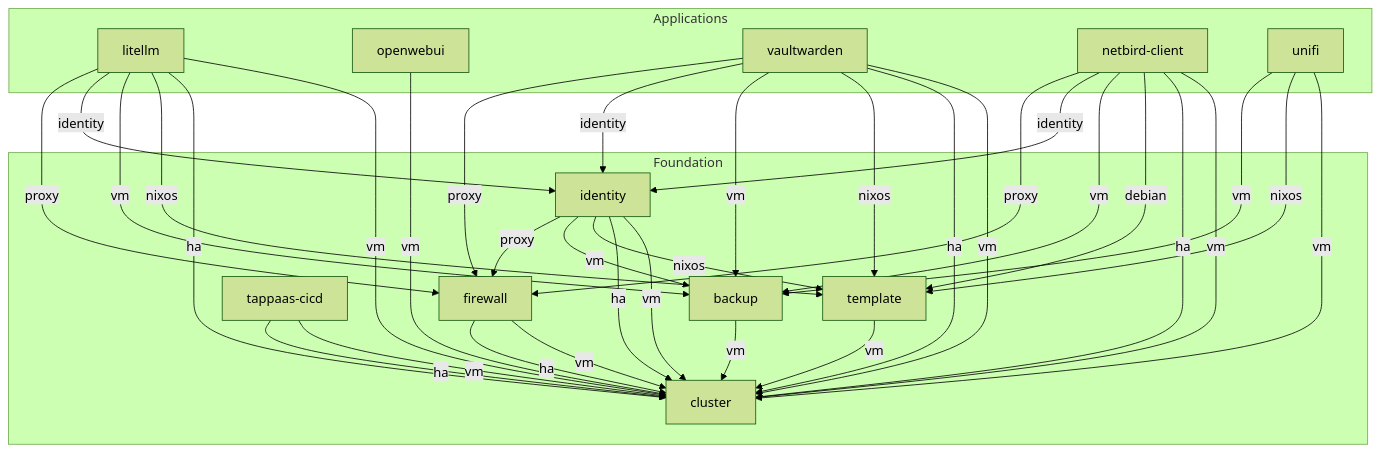
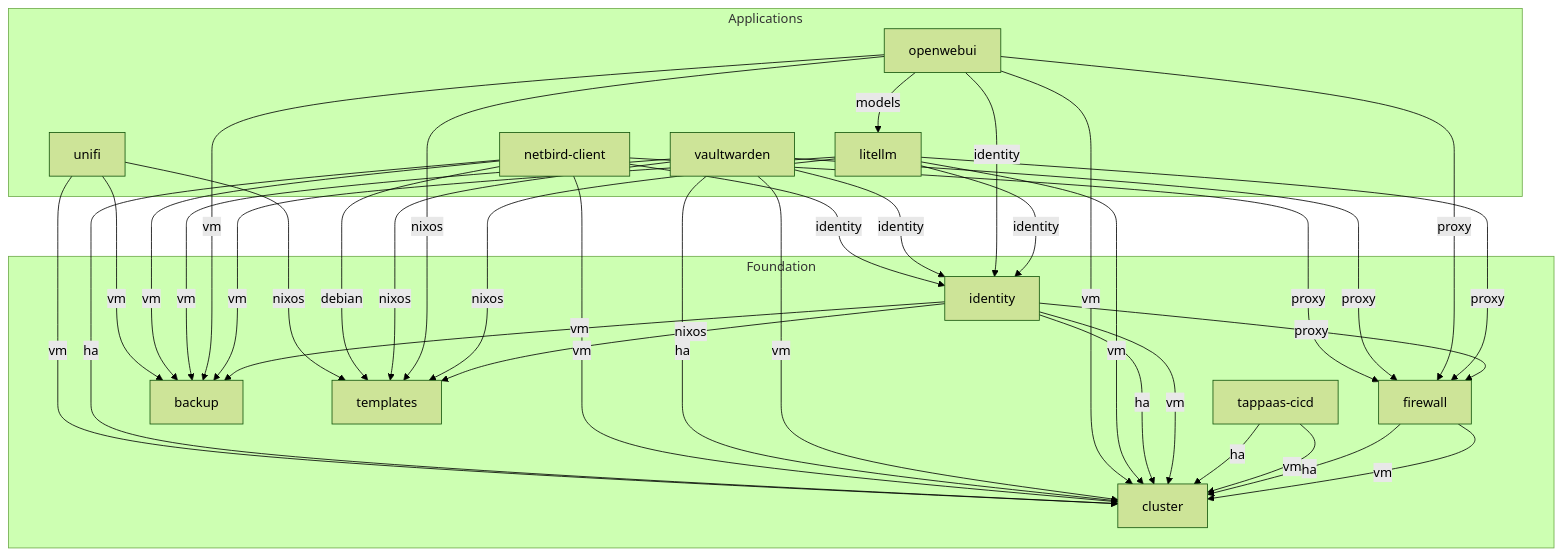
One commit to TAPPaaS/TAPPaaS changed the diagram in src/module-dependencies.md. Above: the diagram before and after it, drawn with Mermaid (forest theme). The commit also changed other lines of this file and 4 other files, not shown here.

````diff
--- a/src/module-dependencies.md
+++ b/src/module-dependencies.md
@@ -10,72 +10,70 @@
 ```mermaid
 graph TD
     subgraph Applications
         litellm[litellm]
         openwebui[openwebui]
         vaultwarden[vaultwarden]
         netbird-client[netbird-client]
         unifi[unifi]
     end
 
     subgraph Foundation
         firewall[firewall]
         tappaas-cicd[tappaas-cicd]
         identity[identity]
         backup[backup]
-        template[template]
+        templates[templates]
         cluster[cluster]
     end
 
     %% firewall depends on cluster
     firewall -->|vm| cluster
     firewall -->|ha| cluster
 
     %% tappaas-cicd depends on cluster
     tappaas-cicd -->|vm| cluster
     tappaas-cicd -->|ha| cluster
 
-    %% backup depends on cluster
-    backup -->|vm| cluster
-
-    %% template depends on cluster
-    template -->|vm| cluster
-
-    %% identity depends on cluster, template, backup, firewall
+    %% identity depends on cluster, templates, backup, firewall
     identity -->|vm| cluster
     identity -->|ha| cluster
-    identity -->|nixos| template
+    identity -->|nixos| templates
     identity -->|vm| backup
     identity -->|proxy| firewall
 
-    %% litellm depends on cluster, template, backup, identity, firewall
+    %% litellm depends on cluster, templates, backup, identity, firewall
     litellm -->|vm| cluster
-    litellm -->|ha| cluster
-    litellm -->|nixos| template
+    litellm -->|nixos| templates
     litellm -->|vm| backup
     litellm -->|identity| identity
     litellm -->|proxy| firewall
 
-    %% openwebui depends on cluster
+    %% openwebui depends on cluster, templates, backup, identity, firewall, litellm
     openwebui -->|vm| cluster
+    openwebui -->|nixos| templates
+    openwebui -->|vm| backup
+    openwebui -->|identity| identity
+    openwebui -->|proxy| firewall
+    openwebui -->|models| litellm
 
-    %% vaultwarden depends on cluster, template, backup, identity, firewall
+    %% vaultwarden depends on cluster, templates, backup, identity, firewall
     vaultwarden -->|vm| cluster
     vaultwarden -->|ha| cluster
-    vaultwarden -->|nixos| template
+    vaultwarden -->|nixos| templates
     vaultwarden -->|vm| backup
     vaultwarden -->|identity| identity
     vaultwarden -->|proxy| firewall
 
-    %% netbird-client depends on cluster, template, backup, identity, firewall
+    %% netbird-client depends on cluster, templates, backup, identity, firewall
     netbird-client -->|vm| cluster
     netbird-client -->|ha| cluster
-    netbird-client -->|debian| template
+    netbird-client -->|debian| templates
     netbird-client -->|vm| backup
     netbird-client -->|identity| identity
     netbird-client -->|proxy| firewall
 
-    %% unifi depends on cluster, template, backup
+    %% unifi depends on cluster, templates, backup
     unifi -->|vm| cluster
-    unifi -->|nixos| template
+    unifi -->|nixos| templates
     unifi -->|vm| backup
 ```
````
